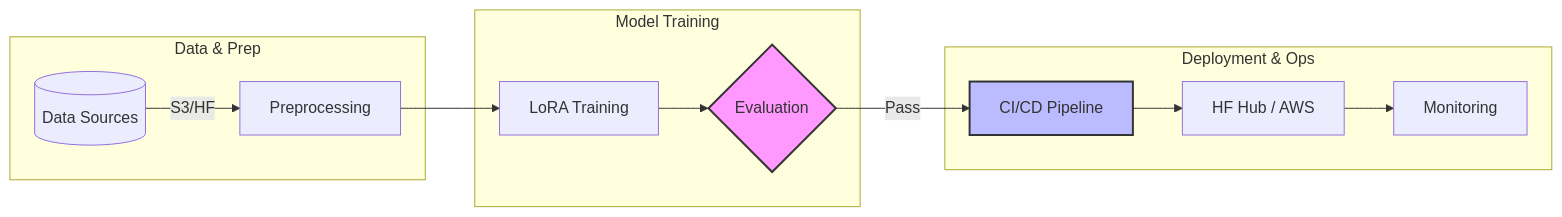
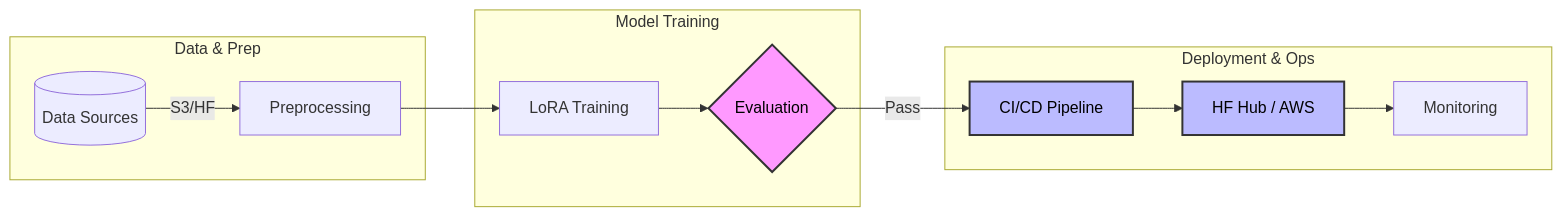
The diagram in README.md (JeyaPrakashI/end-to-end-mlops-pipeline-aws), drawn with Mermaid before and after one commit.

````diff
--- a/README.md
+++ b/README.md
@@ -74,21 +74,22 @@
 ```mermaid 
 flowchart LR
     subgraph Data_Prep [Data & Prep]
         A[(Data Sources)] -- S3/HF --> B[Preprocessing]
     end
 
     subgraph Core_ML [Model Training]
         B --> C[LoRA Training]
         C --> D{Evaluation}
     end
 
     subgraph DevOps [Deployment & Ops]
         D -- Pass --> E[CI/CD Pipeline]
         E --> F[HF Hub / AWS]
         F --> G[Monitoring]
     end
 
-    %% Styling
-    style D fill:#f9f,stroke:#333,stroke-width:2px
-    style E fill:#bbf,stroke:#333,stroke-width:2px
+    %% Styling with explicit text color (color:#000) for visibility
+    style D fill:#f9f,stroke:#333,stroke-width:2px,color:#000
+    style E fill:#bbf,stroke:#333,stroke-width:2px,color:#000
+    style F fill:#bbf,stroke:#333,stroke-width:2px,color:#000
 ```
````
